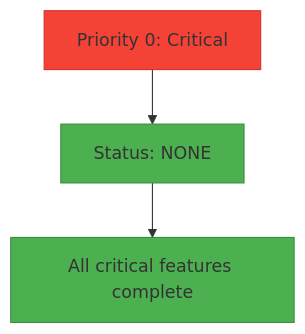
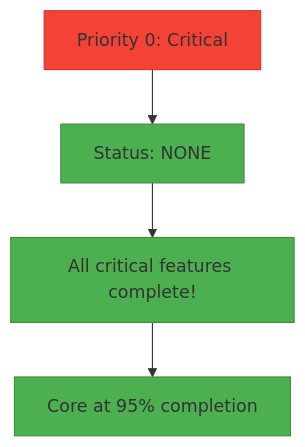
Before and after one commit to TheCreateGM/mvgal: the third of 9 diagrams in docs/MISSING.md, drawn with Mermaid. The commit also changed other lines of this file and 16 other files, not shown here.

````diff
--- a/docs/MISSING.md
+++ b/docs/MISSING.md
@@ -87,8 +107,10 @@
 ```mermaid
 flowchart TD
     A[Priority 0: Critical] --> B[Status: NONE]
-    B --> C[All critical features complete]
+    B --> C[All critical features complete!]
+    C --> D[Core at 95% completion]
     style A fill:#F44336,stroke:#D32F2F
     style B fill:#4CAF50,stroke:#388E3C
     style C fill:#4CAF50,stroke:#388E3C
+    style D fill:#4CAF50,stroke:#388E3C
 ```
````
